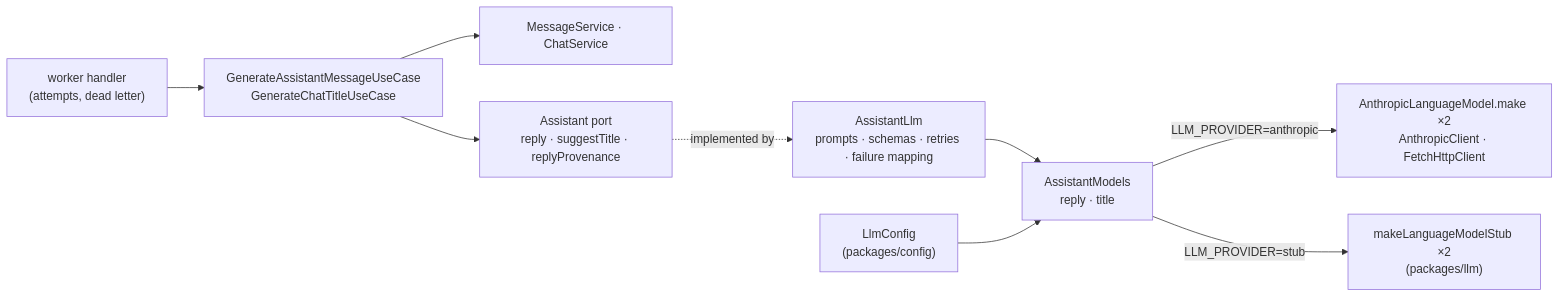
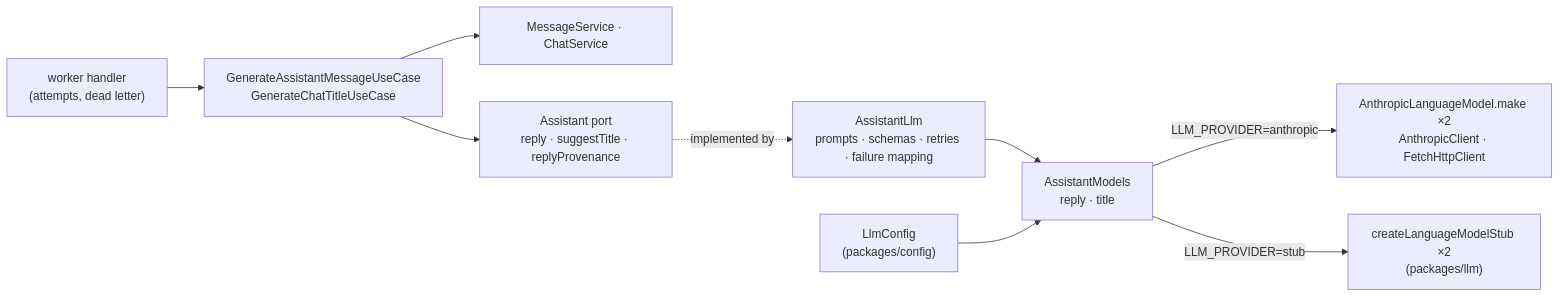
The diagram in docs/tickets/2026-10-29-1435_llm-providers/architecture.md (khotei/app-template), drawn with Mermaid before and after one commit. The commit also changed other lines of this file and 3 other files, not shown here.

First line of the commit message:
:white_check_mark: test(llm-providers): Check the title model, drop the timing claim

````diff
--- a/docs/tickets/2026-10-29-1435_llm-providers/architecture.md
+++ b/docs/tickets/2026-10-29-1435_llm-providers/architecture.md
@@ -27,11 +27,11 @@
 ```mermaid
 graph LR
   H["worker handler<br/>(attempts, dead letter)"] --> UC["GenerateAssistantMessageUseCase<br/>GenerateChatTitleUseCase"]
   UC --> MS["MessageService · ChatService"]
   UC --> A["Assistant port<br/>reply · suggestTitle · replyProvenance"]
   A -.implemented by.-> L["AssistantLlm<br/>prompts · schemas · retries · failure mapping"]
   L --> M["AssistantModels<br/>reply · title"]
   M -->|"LLM_PROVIDER=anthropic"| AN["AnthropicLanguageModel.make ×2<br/>AnthropicClient · FetchHttpClient"]
-  M -->|"LLM_PROVIDER=stub"| ST["makeLanguageModelStub ×2<br/>(packages/llm)"]
+  M -->|"LLM_PROVIDER=stub"| ST["createLanguageModelStub ×2<br/>(packages/llm)"]
   C["LlmConfig<br/>(packages/config)"] --> M
 ```
````
